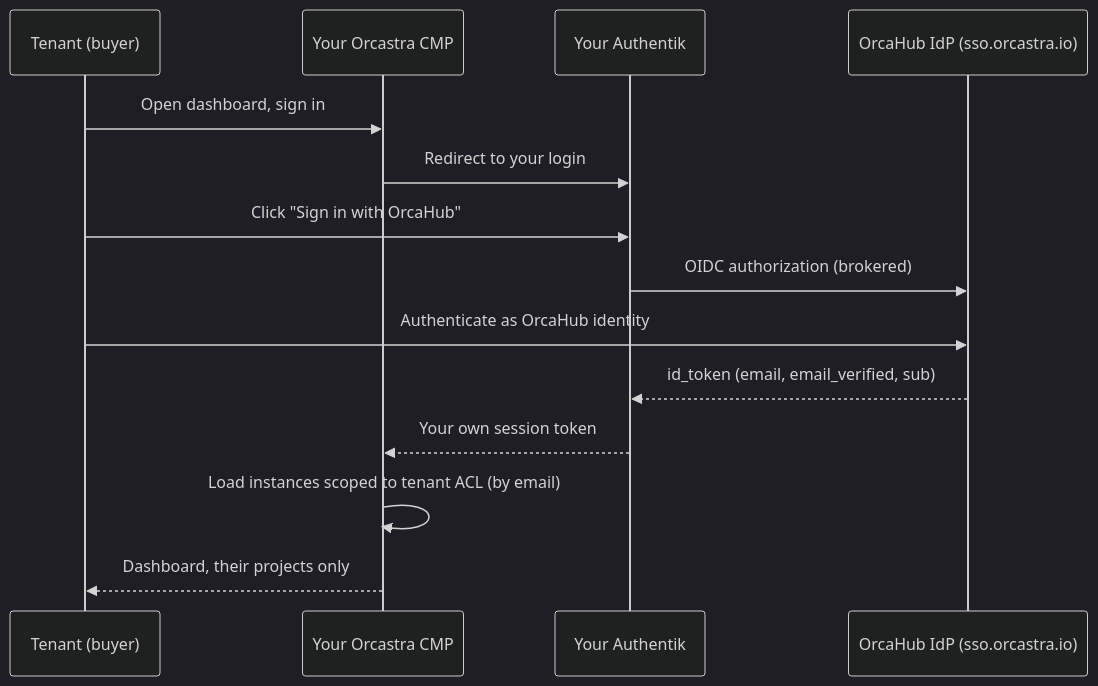
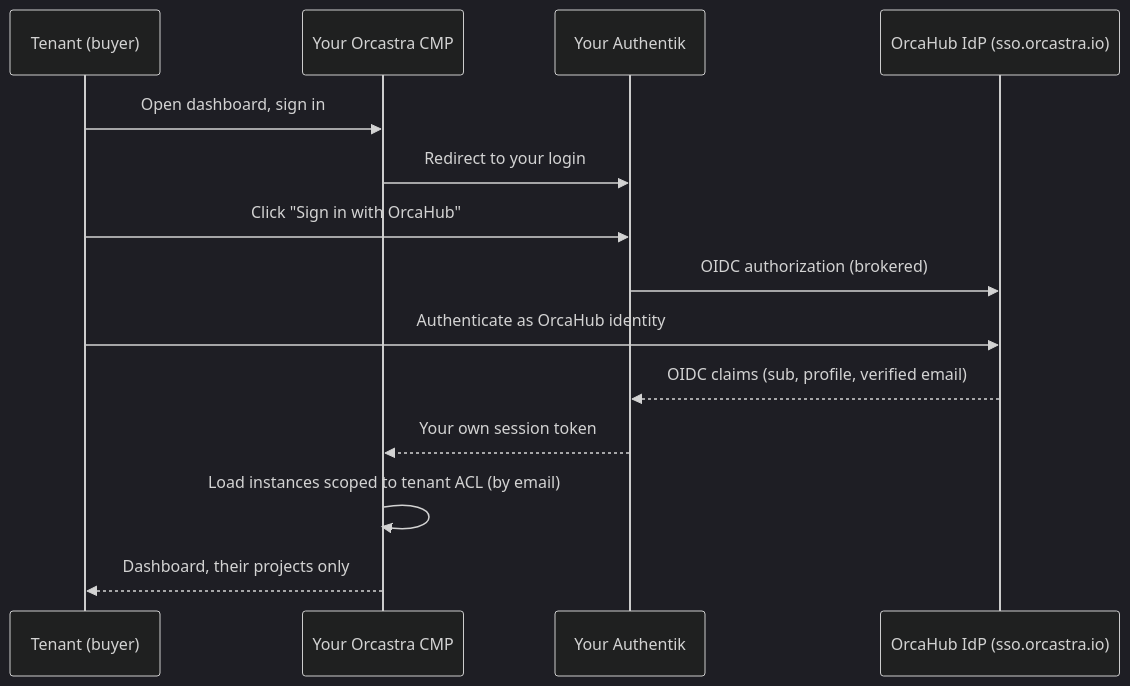
The diagram in docs/operations/orcahub-federation-sso.md (sctsivali/orcastra-docs), drawn with Mermaid (dark theme) before and after one commit. The commit also changed other lines of this file, not shown here.

````diff
--- a/docs/operations/orcahub-federation-sso.md
+++ b/docs/operations/orcahub-federation-sso.md
@@ -13,16 +13,16 @@
 ```mermaid
 sequenceDiagram
     participant T as Tenant (buyer)
     participant D as Your Orcastra CMP
     participant PA as Your Authentik
     participant OA as OrcaHub IdP (sso.orcastra.io)
     T->>D: Open dashboard, sign in
     D->>PA: Redirect to your login
     T->>PA: Click "Sign in with OrcaHub"
     PA->>OA: OIDC authorization (brokered)
     T->>OA: Authenticate as OrcaHub identity
-    OA-->>PA: id_token (email, email_verified, sub)
+    OA-->>PA: OIDC claims (sub, profile, verified email)
     PA-->>D: Your own session token
     D->>D: Load instances scoped to tenant ACL (by email)
     D-->>T: Dashboard, their projects only
 ```
````
